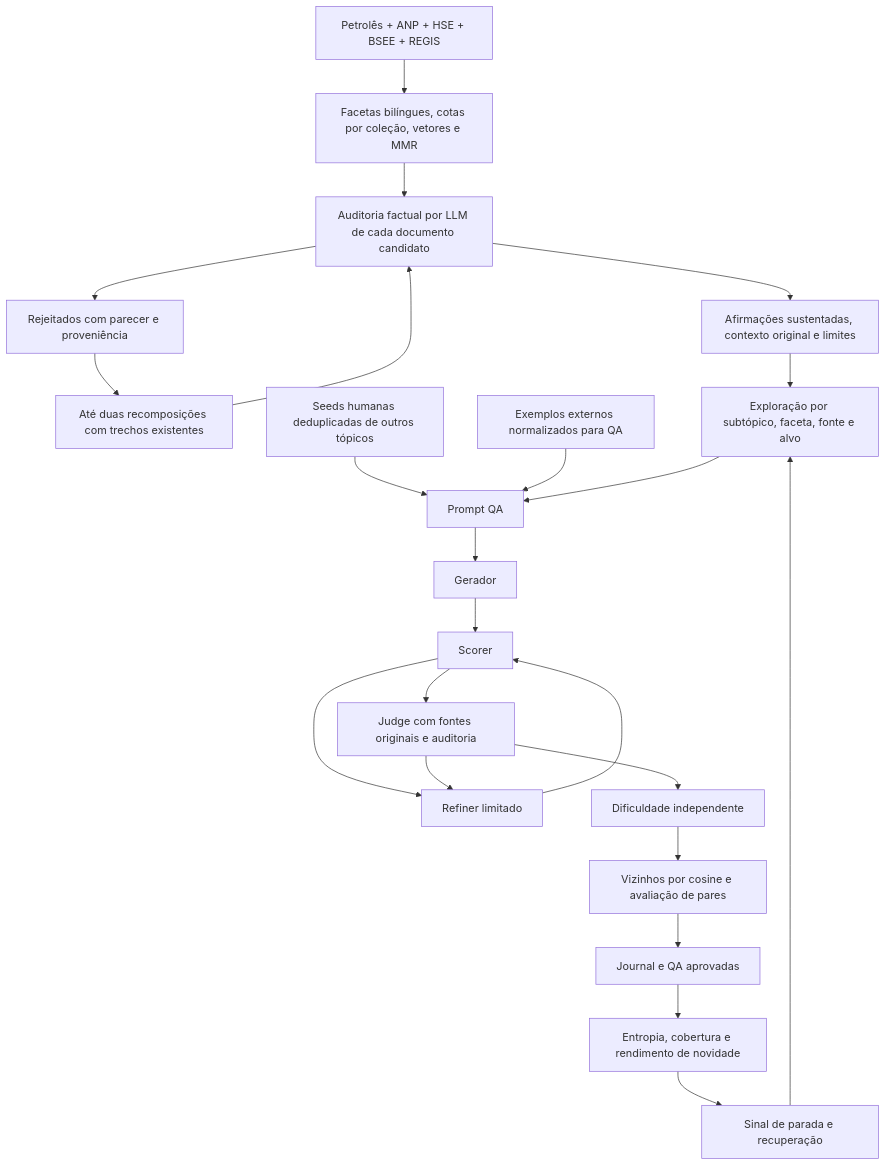
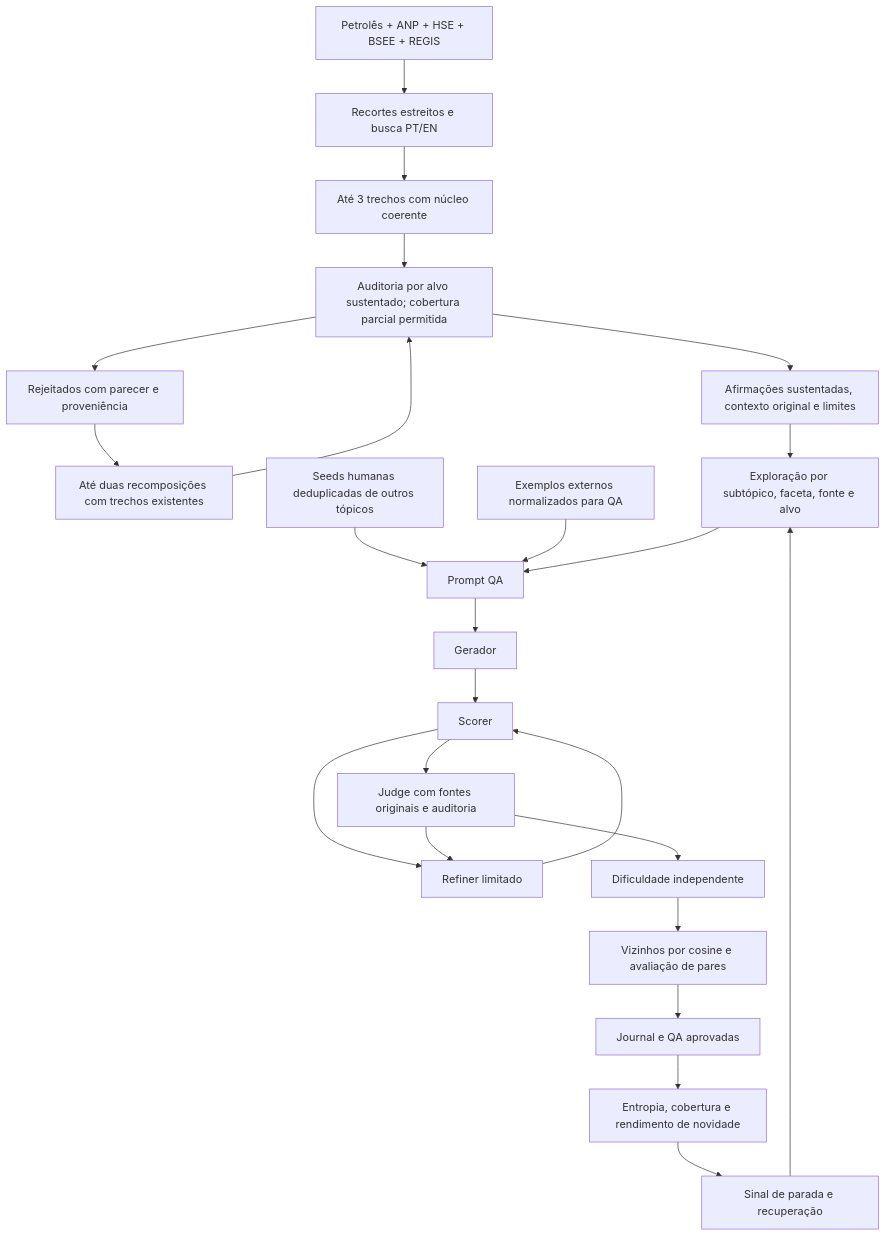
One commit to RodrigoFlexa/MCQ_CONTEXT_GEN changed the diagram in pipeline/fase_4/README.md. Above: the diagram before and after it, drawn with Mermaid. The commit also changed other lines of this file and 26 other files, not shown here.

````diff
--- a/pipeline/fase_4/README.md
+++ b/pipeline/fase_4/README.md
@@ -11,25 +15,26 @@
 ```mermaid
 flowchart TD
-    C[Petrolês + ANP + HSE + BSEE + REGIS] --> F[Facetas bilíngues, cotas por coleção, vetores e MMR]
-    F --> A[Auditoria factual por LLM de cada documento candidato]
+    C[Petrolês + ANP + HSE + BSEE + REGIS] --> F[Recortes estreitos e busca PT/EN]
+    F --> CF[Até 3 trechos com núcleo coerente]
+    CF --> A[Auditoria por alvo sustentado; cobertura parcial permitida]
     A --> B[Rejeitados com parecer e proveniência]
     B --> RC[Até duas recomposições com trechos existentes]
     RC --> A
     A --> D[Afirmações sustentadas, contexto original e limites]
     D --> E[Exploração por subtópico, faceta, fonte e alvo]
     H[Seeds humanas deduplicadas de outros tópicos] --> P[Prompt QA]
     X[Exemplos externos normalizados para QA] --> P
     E --> P
     P --> G[Gerador]
     G --> S[Scorer]
     S --> R[Refiner limitado]
     R --> S
     S --> J[Judge com fontes originais e auditoria]
     J --> R
     J --> Q[Dificuldade independente]
     Q --> N[Vizinhos por cosine e avaliação de pares]
     N --> O[Journal e QA aprovadas]
     O --> M[Entropia, cobertura e rendimento de novidade]
     M --> T[Sinal de parada e recuperação]
     T --> E
 ```
````
